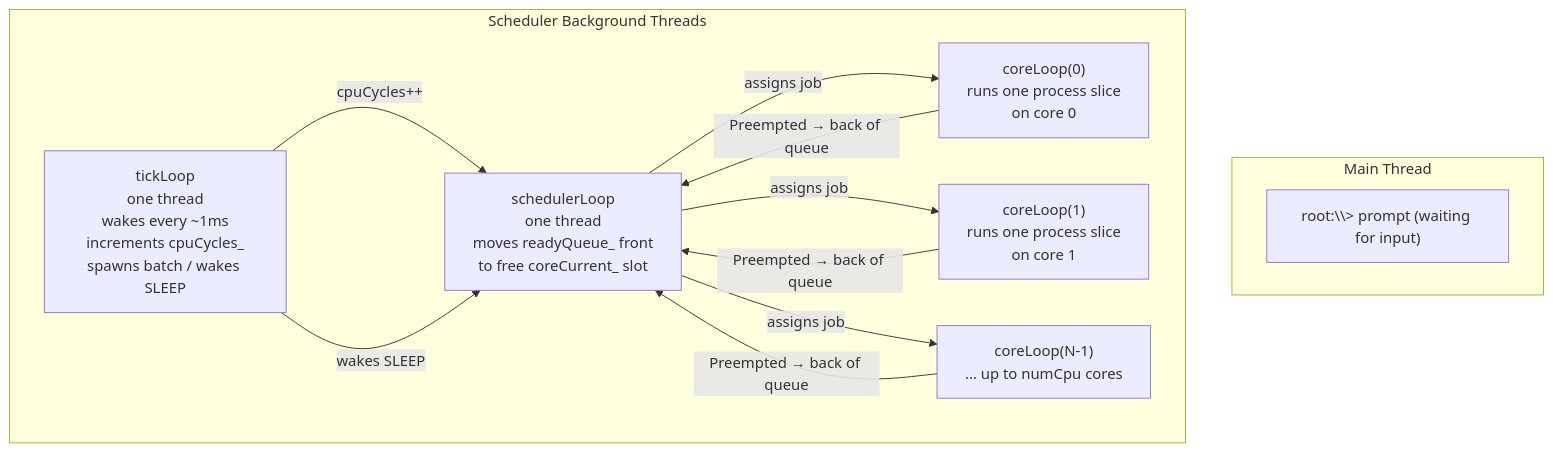
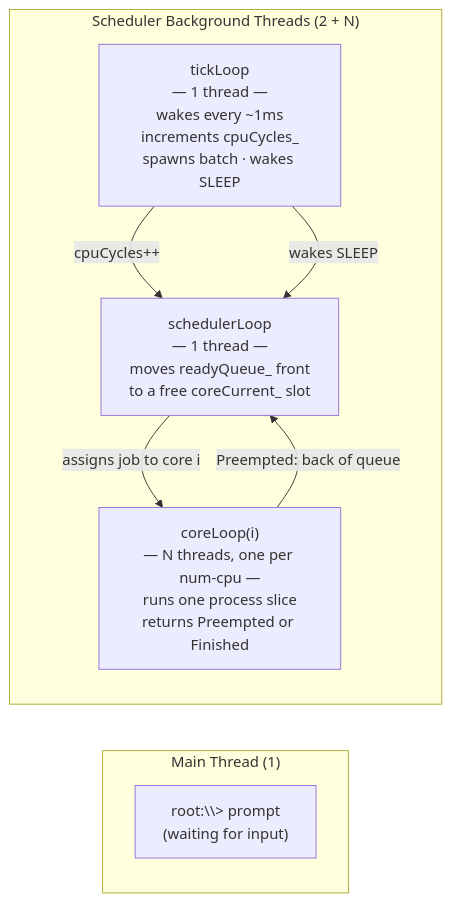
One commit to JeyyM/csopesy-mp1 changed the first of 6 diagrams in diagrams/F_scheduler_implementation.md. Above: the diagram before and after it, drawn with Mermaid. The commit also changed 17 other files, not shown here.

````diff
--- a/diagrams/F_scheduler_implementation.md
+++ b/diagrams/F_scheduler_implementation.md
@@ -8,23 +8,18 @@
 ```mermaid
-flowchart TD
-    subgraph Main Thread
-        PROMPT["root:\\> prompt (waiting for input)"]
+flowchart LR
+    subgraph MAIN["Main Thread (1)"]
+        PROMPT["root:\\> prompt\n(waiting for input)"]
     end
 
-    subgraph Scheduler Background Threads
-        TICK["tickLoop\none thread\nwakes every ~1ms\nincrements cpuCycles_\nspawns batch / wakes SLEEP"]
-        DISP["schedulerLoop\none thread\nmoves readyQueue_ front\nto free coreCurrent_ slot"]
-        C0["coreLoop(0)\nruns one process slice\non core 0"]
-        C1["coreLoop(1)\nruns one process slice\non core 1"]
-        CN["coreLoop(N-1)\n... up to numCpu cores"]
+    subgraph BG["Scheduler Background Threads (2 + N)"]
+        direction TB
+        TICK["tickLoop\n— 1 thread —\nwakes every ~1ms\nincrements cpuCycles_\nspawns batch · wakes SLEEP"]
+        DISP["schedulerLoop\n— 1 thread —\nmoves readyQueue_ front\nto a free coreCurrent_ slot"]
+        CORE["coreLoop(i)\n— N threads, one per num-cpu —\nruns one process slice\nreturns Preempted or Finished"]
     end
 
-    TICK -->|cpuCycles++| DISP
-    TICK -->|wakes SLEEP| DISP
-    DISP -->|assigns job| C0
-    DISP -->|assigns job| C1
-    DISP -->|assigns job| CN
-    C0 -->|Preempted → back of queue| DISP
-    C1 -->|Preempted → back of queue| DISP
-    CN -->|Preempted → back of queue| DISP
+    TICK -->|"cpuCycles++"| DISP
+    TICK -->|"wakes SLEEP"| DISP
+    DISP -->|"assigns job to core i"| CORE
+    CORE -->|"Preempted: back of queue"| DISP
 ```
````
